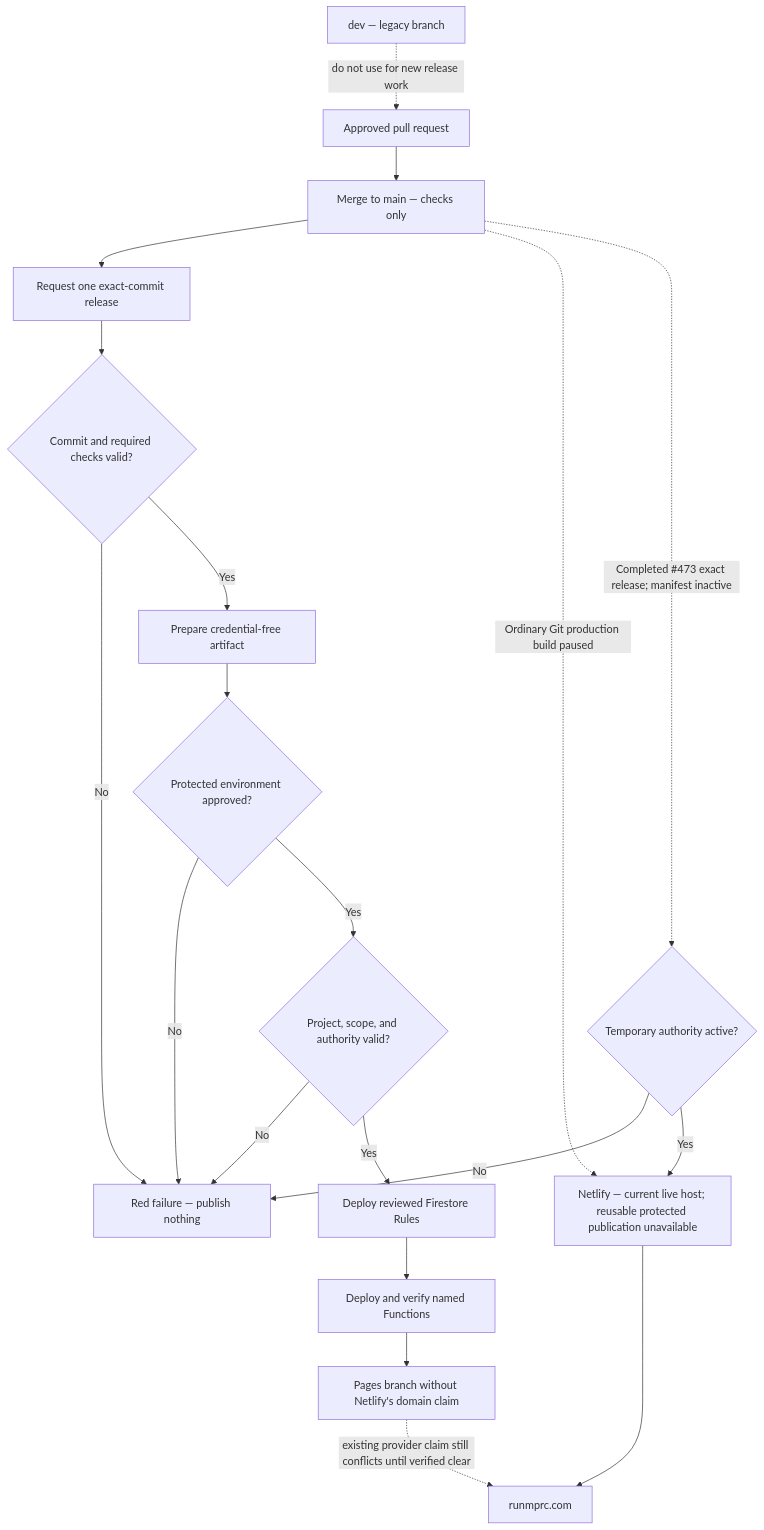
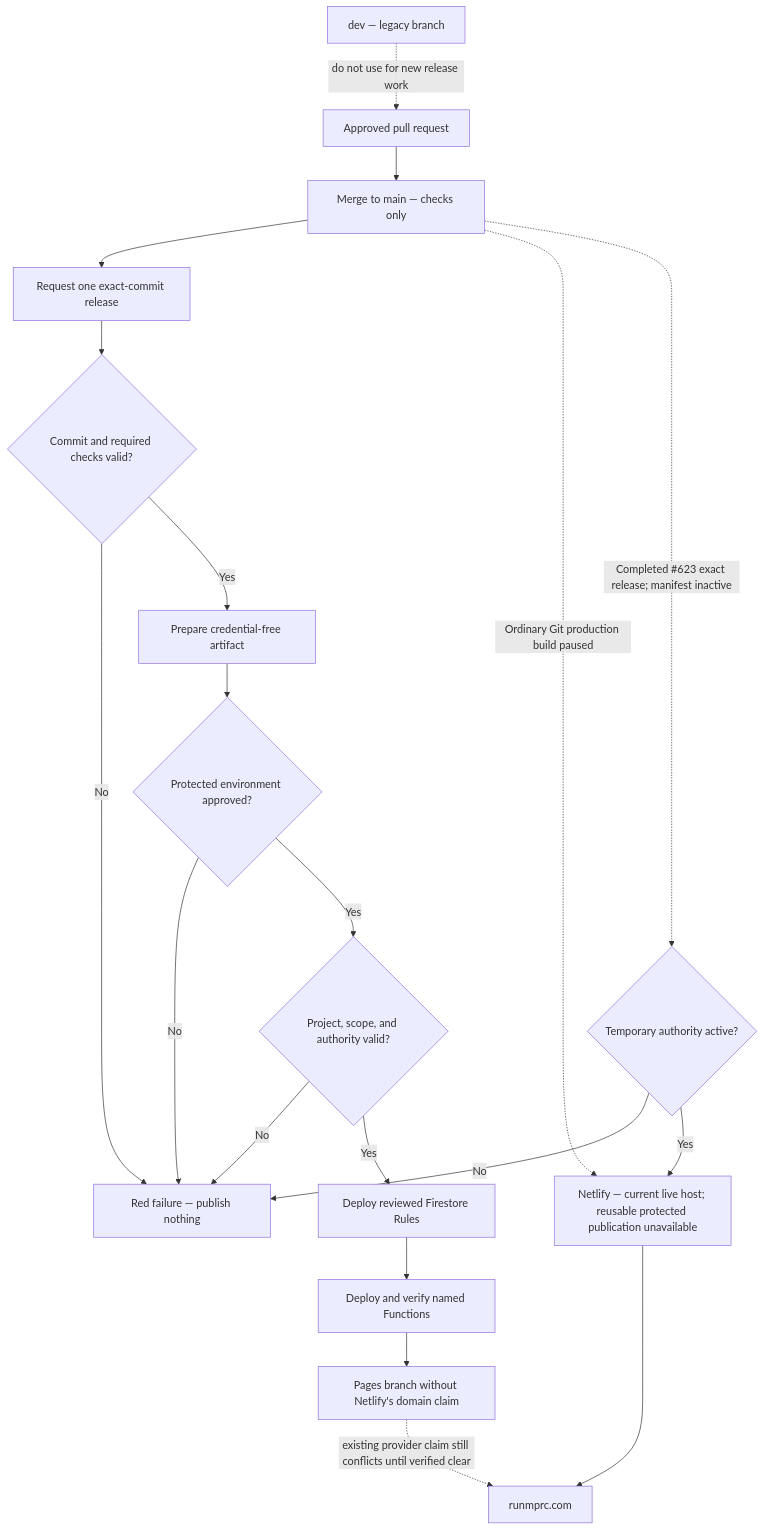
The fourth of 10 diagrams in docs/officers/SYSTEM_MAPS.md (Run-MPRC/Run-MPRC.github.io), drawn with Mermaid before and after one commit. The commit also changed other lines of this file and 12 other files, not shown here.

````diff
--- a/docs/officers/SYSTEM_MAPS.md
+++ b/docs/officers/SYSTEM_MAPS.md
@@ -74,22 +74,22 @@
 ```mermaid
 flowchart TD
     PR["Approved pull request"] --> Main["Merge to main — checks only"]
     Main --> Request["Request one exact-commit release"]
     Request --> Preflight{"Commit and required checks valid?"}
     Preflight -- "No" --> Stop["Red failure — publish nothing"]
     Preflight -- "Yes" --> Prepare["Prepare credential-free artifact"]
     Prepare --> Approval{"Protected environment approved?"}
     Approval -- "No" --> Stop
     Approval -- "Yes" --> Gate{"Project, scope, and authority valid?"}
     Gate -- "No" --> Stop
     Gate -- "Yes" --> Rules["Deploy reviewed Firestore Rules"]
     Rules --> Functions["Deploy and verify named Functions"]
     Functions --> Pages["Pages branch without Netlify's domain claim"]
     Main -. "Ordinary Git production build paused" .-> Netlify
-    Main -. "Completed #473 exact release; manifest inactive" .-> WebGate{"Temporary authority active?"}
+    Main -. "Completed #623 exact release; manifest inactive" .-> WebGate{"Temporary authority active?"}
     WebGate -- "No" --> Stop
     WebGate -- "Yes" --> Netlify
     Netlify["Netlify — current live host; reusable protected publication unavailable"] --> Live["runmprc.com"]
     Pages -. "existing provider claim still conflicts until verified clear" .-> Live
     Dev["dev — legacy branch"] -. "do not use for new release work" .-> PR
 ```
````
